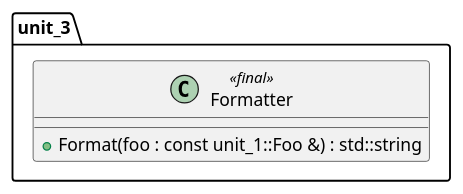
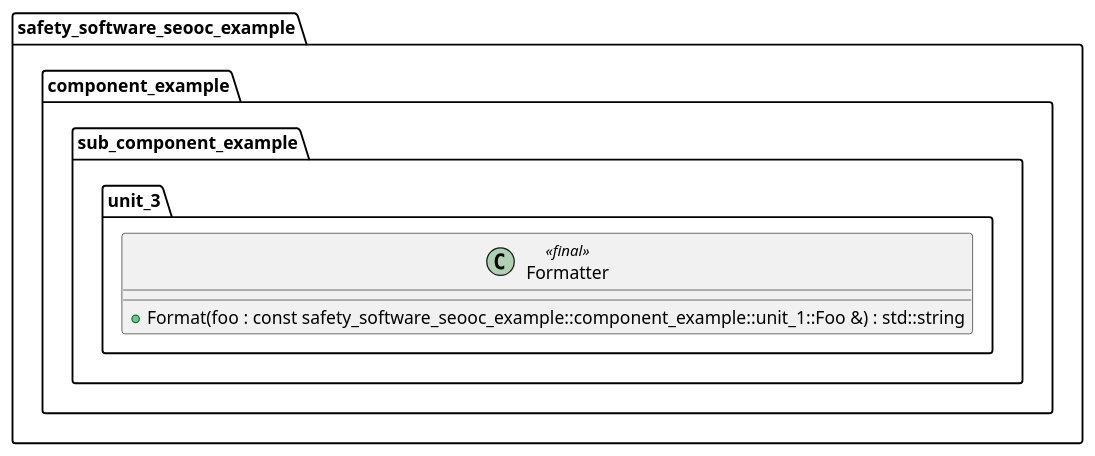
The diagram in bazel/rules/rules_score/examples/seooc/unit_3/docs/unit_3_class_diagram.puml (eclipse-score/tooling), drawn with PlantUML before and after one commit. The commit also changed 55 other files, not shown here.

Commit message:
add architectural unit

```diff
--- a/bazel/rules/rules_score/examples/seooc/unit_3/docs/unit_3_class_diagram.puml
+++ b/bazel/rules/rules_score/examples/seooc/unit_3/docs/unit_3_class_diagram.puml
@@ -14,9 +14,15 @@
 @startuml unit_3_class_diagram
 
-namespace unit_3 {
-    class Formatter <<final>> {
-        + Format(foo : const unit_1::Foo &) : std::string
+namespace safety_software_seooc_example {
+    namespace component_example {
+        namespace sub_component_example {
+            namespace unit_3 {
+                class Formatter <<final>> {
+                    + Format(foo : const safety_software_seooc_example::component_example::unit_1::Foo &) : std::string
+                }
+            }
+        }
     }
 }
 
 @enduml
```
